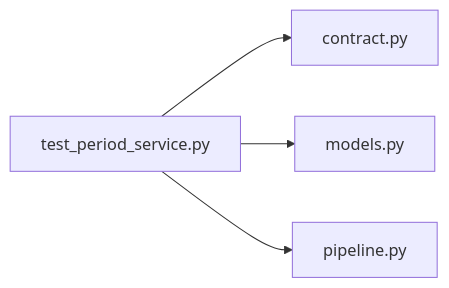
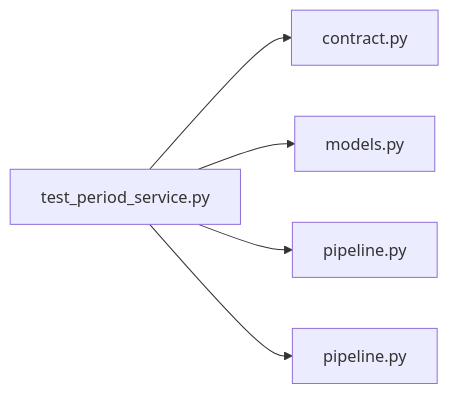
One commit to minkong-dev/Banblit changed the diagram in .cluedoc/graph/backend/tests/integration/db/test_period_service.md. Above: the diagram before and after it, drawn with Mermaid. The commit also changed other lines of this file and 40 other files, not shown here.

````diff
--- a/.cluedoc/graph/backend/tests/integration/db/test_period_service.md
+++ b/.cluedoc/graph/backend/tests/integration/db/test_period_service.md
@@ -10,7 +10,8 @@
 ```mermaid
 flowchart LR
   backend_tests_integration_db_test_period_service["test_period_service.py"]
   backend_tests_integration_db_test_period_service --> backend_src_backend_contract["contract.py"]
   backend_tests_integration_db_test_period_service --> backend_src_backend_db_models["models.py"]
+  backend_tests_integration_db_test_period_service --> backend_src_backend_db_pipeline["pipeline.py"]
   backend_tests_integration_db_test_period_service --> backend_src_backend_services_period_pipeline["pipeline.py"]
 ```
````
